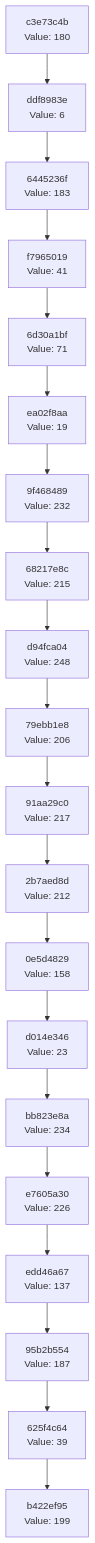
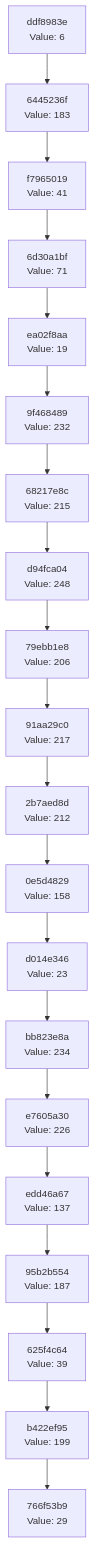
The diagram in docs/CHAIN_VISUALIZATION.md (Abhisheksinha1506/hash-chain-evolver), drawn with Mermaid before and after one commit. The commit also changed 1 other file, not shown here.

Commit message:
Evolution step: hash 0x1D → action executed

````diff
--- a/docs/CHAIN_VISUALIZATION.md
+++ b/docs/CHAIN_VISUALIZATION.md
@@ -3,42 +3,42 @@
 ```mermaid
 graph TD
-    C0["b422ef95<br/>Value: 199"]
-    C1["625f4c64<br/>Value: 39"]
+    C0["766f53b9<br/>Value: 29"]
+    C1["b422ef95<br/>Value: 199"]
     C1 --> C0
-    C2["95b2b554<br/>Value: 187"]
+    C2["625f4c64<br/>Value: 39"]
     C2 --> C1
-    C3["edd46a67<br/>Value: 137"]
+    C3["95b2b554<br/>Value: 187"]
     C3 --> C2
-    C4["e7605a30<br/>Value: 226"]
+    C4["edd46a67<br/>Value: 137"]
     C4 --> C3
-    C5["bb823e8a<br/>Value: 234"]
+    C5["e7605a30<br/>Value: 226"]
     C5 --> C4
-    C6["d014e346<br/>Value: 23"]
+    C6["bb823e8a<br/>Value: 234"]
     C6 --> C5
-    C7["0e5d4829<br/>Value: 158"]
+    C7["d014e346<br/>Value: 23"]
     C7 --> C6
-    C8["2b7aed8d<br/>Value: 212"]
+    C8["0e5d4829<br/>Value: 158"]
     C8 --> C7
-    C9["91aa29c0<br/>Value: 217"]
+    C9["2b7aed8d<br/>Value: 212"]
     C9 --> C8
-    C10["79ebb1e8<br/>Value: 206"]
+    C10["91aa29c0<br/>Value: 217"]
     C10 --> C9
-    C11["d94fca04<br/>Value: 248"]
+    C11["79ebb1e8<br/>Value: 206"]
     C11 --> C10
-    C12["68217e8c<br/>Value: 215"]
+    C12["d94fca04<br/>Value: 248"]
     C12 --> C11
-    C13["9f468489<br/>Value: 232"]
+    C13["68217e8c<br/>Value: 215"]
     C13 --> C12
-    C14["ea02f8aa<br/>Value: 19"]
+    C14["9f468489<br/>Value: 232"]
     C14 --> C13
-    C15["6d30a1bf<br/>Value: 71"]
+    C15["ea02f8aa<br/>Value: 19"]
     C15 --> C14
-    C16["f7965019<br/>Value: 41"]
+    C16["6d30a1bf<br/>Value: 71"]
     C16 --> C15
-    C17["6445236f<br/>Value: 183"]
+    C17["f7965019<br/>Value: 41"]
     C17 --> C16
-    C18["ddf8983e<br/>Value: 6"]
+    C18["6445236f<br/>Value: 183"]
     C18 --> C17
-    C19["c3e73c4b<br/>Value: 180"]
+    C19["ddf8983e<br/>Value: 6"]
     C19 --> C18
 ```
````
